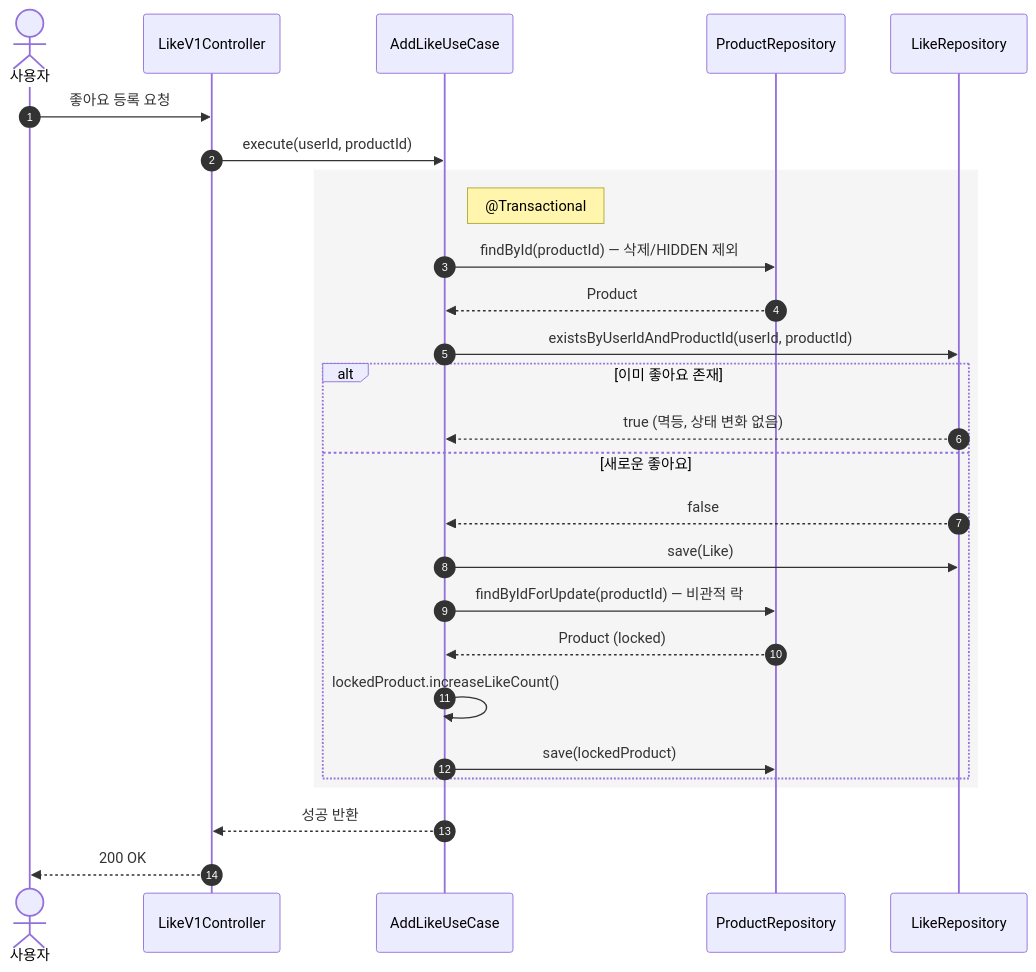
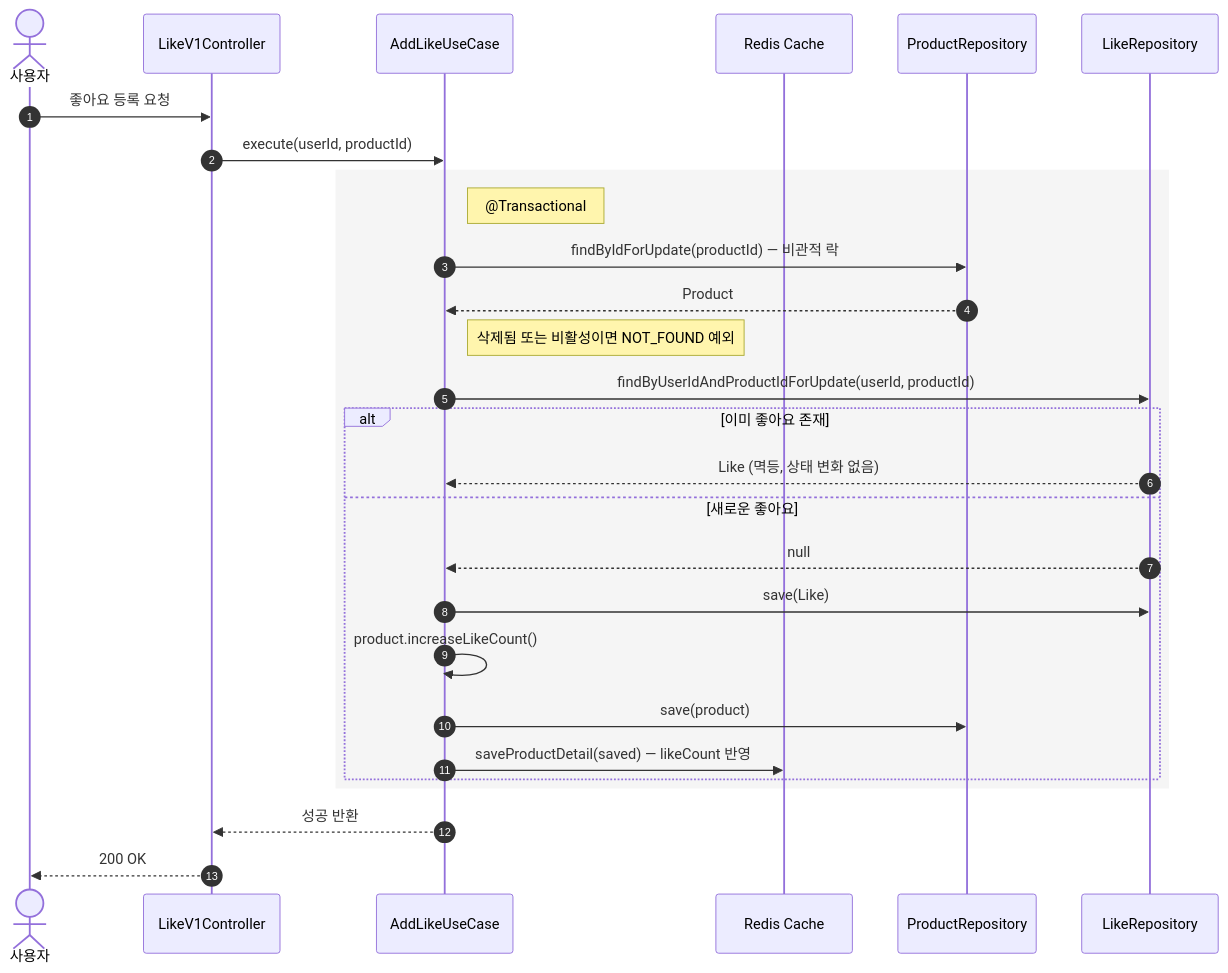
Diagram 16 of 30 in docs/design/02-sequence-diagrams.md (Loopers-dev-lab/loop-pack-be-l2-vol3-kotlin), drawn with Mermaid before and after one commit. The commit also changed other lines of this file and 4 other files, not shown here.

````diff
--- a/docs/design/02-sequence-diagrams.md
+++ b/docs/design/02-sequence-diagrams.md
@@ -437,31 +465,32 @@
 ```mermaid
 sequenceDiagram
     autonumber
     actor User as 사용자
     participant C as LikeV1Controller
     participant UC as AddLikeUseCase
+    participant Cache as Redis Cache
     participant PR as ProductRepository
     participant LR as LikeRepository
     User ->> C: 좋아요 등록 요청
     C ->> UC: execute(userId, productId)
 
     rect rgb(245, 245, 245)
         Note right of UC: @Transactional
-        UC ->> PR: findById(productId) — 삭제/HIDDEN 제외
+        UC ->> PR: findByIdForUpdate(productId) — 비관적 락
         PR -->> UC: Product
-        UC ->> LR: existsByUserIdAndProductId(userId, productId)
+        Note right of UC: 삭제됨 또는 비활성이면 NOT_FOUND 예외
+        UC ->> LR: findByUserIdAndProductIdForUpdate(userId, productId)
         alt 이미 좋아요 존재
-            LR -->> UC: true (멱등, 상태 변화 없음)
+            LR -->> UC: Like (멱등, 상태 변화 없음)
         else 새로운 좋아요
-            LR -->> UC: false
+            LR -->> UC: null
             UC ->> LR: save(Like)
-            UC ->> PR: findByIdForUpdate(productId) — 비관적 락
-            PR -->> UC: Product (locked)
-            UC ->> UC: lockedProduct.increaseLikeCount()
-            UC ->> PR: save(lockedProduct)
+            UC ->> UC: product.increaseLikeCount()
+            UC ->> PR: save(product)
+            UC ->> Cache: saveProductDetail(saved) — likeCount 반영
         end
     end
 
     UC -->> C: 성공 반환
     C -->> User: 200 OK
 ```
````
